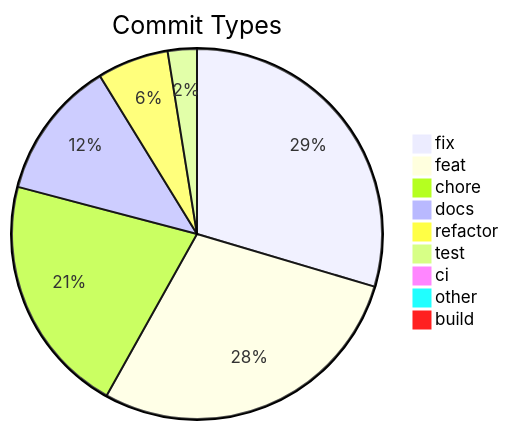
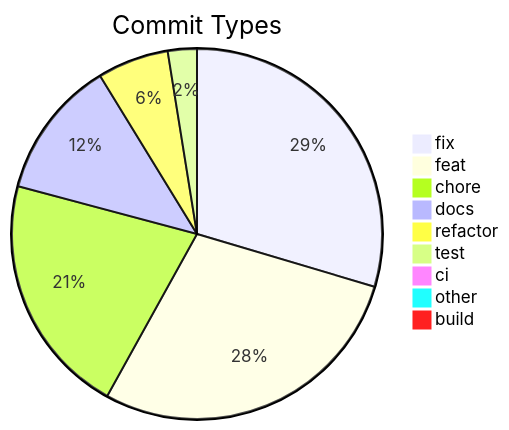
Before and after one commit to svenroth-ai/shipwright: the diagram in .shipwright/compliance/change-history.md, drawn with Mermaid. The commit also changed other lines of this file and 11 other files, not shown here.

````diff
--- a/.shipwright/compliance/change-history.md
+++ b/.shipwright/compliance/change-history.md
@@ -10,12 +10,12 @@
 ```mermaid
 pie title Commit Types
-    "fix" : 361
+    "fix" : 362
     "feat" : 348
-    "chore" : 256
+    "chore" : 258
     "docs" : 148
     "refactor" : 76
     "test" : 31
     "ci" : 11
     "other" : 9
     "build" : 1
 ```
````
